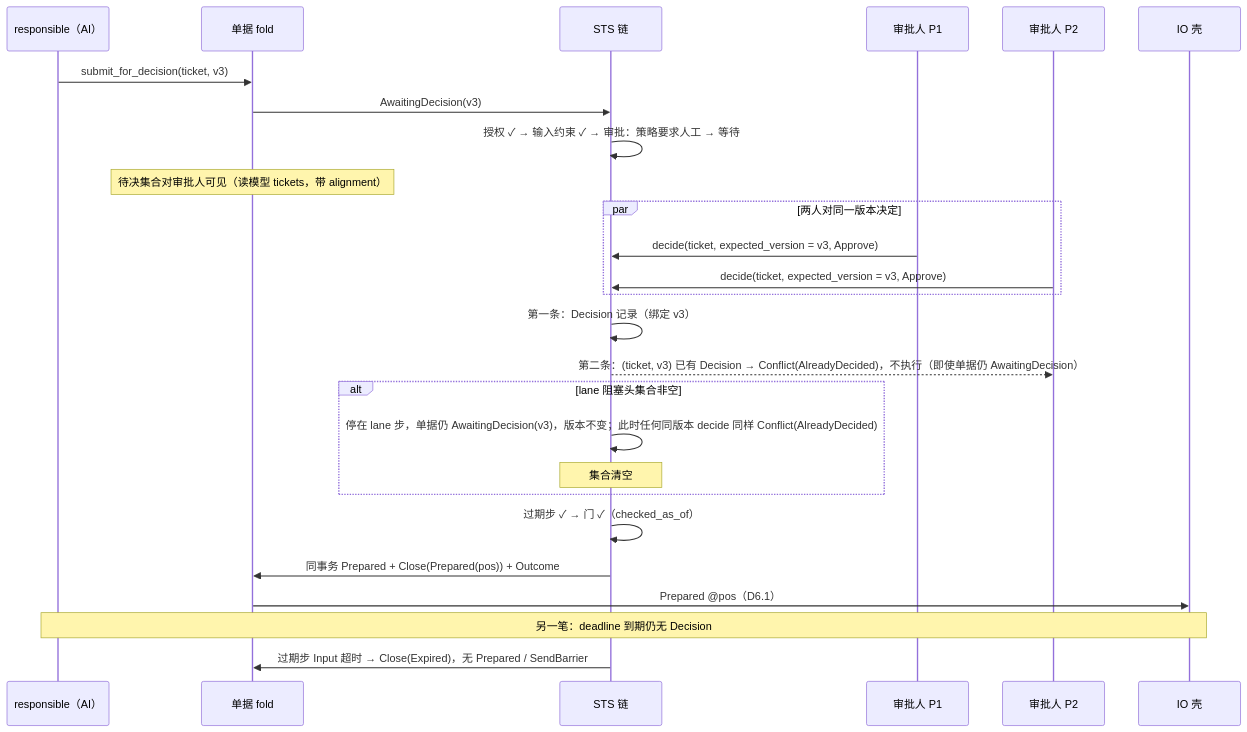
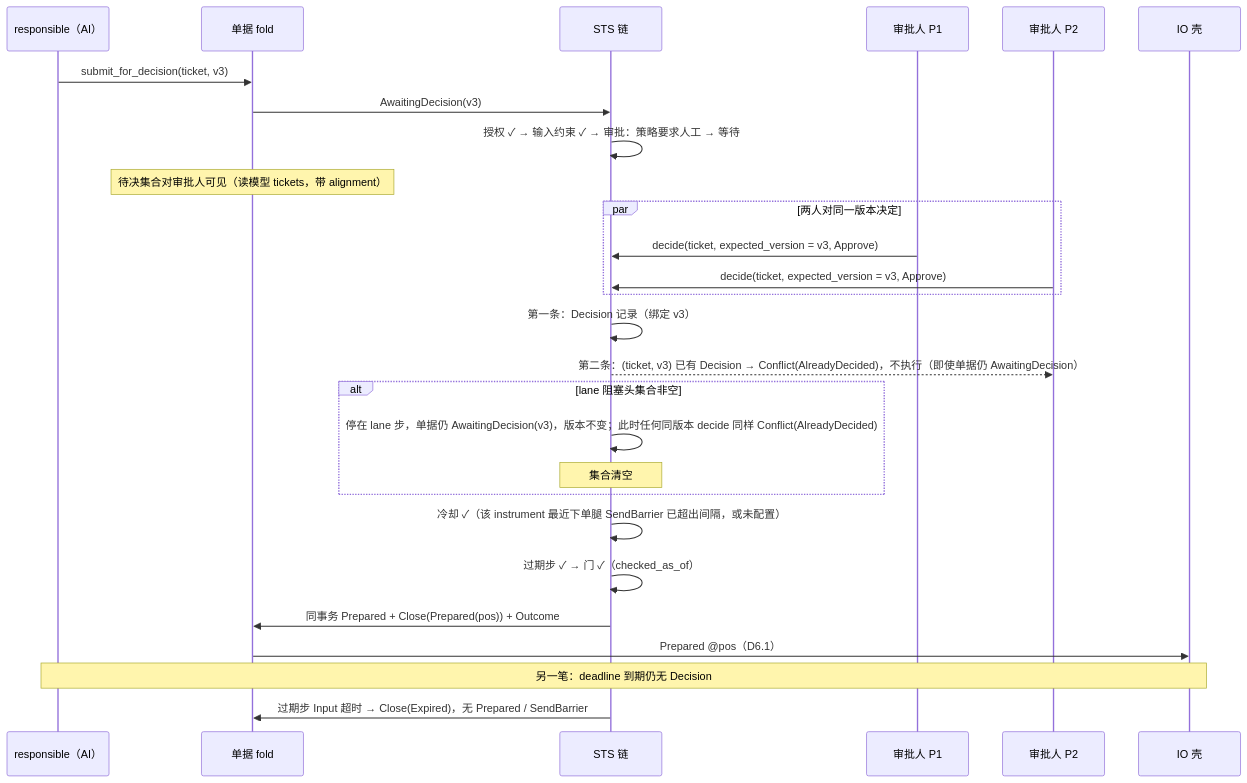
Before and after one commit to mouriya-s-lab/uta: the sixth of 6 diagrams in design/diagrams/05-ticket-and-sts.md, drawn with Mermaid. The commit also changed other lines of this file and 9 other files, not shown here.

Commit message:
design: trade protocol contract — closed OperationKind set with Close as upstream no-increase lock, intent parameter schema gate for every origin, check catalog and rule-file parameters, cooldown from SendBarrier, catalog-backed write eligibility, rationale and batch/simulator dispositions

````diff
--- a/design/diagrams/05-ticket-and-sts.md
+++ b/design/diagrams/05-ticket-and-sts.md
@@ -198,28 +210,29 @@
 ```mermaid
 sequenceDiagram
   participant R as responsible（AI）
   participant T as 单据 fold
   participant S as STS 链
   participant P as 审批人 P1
   participant P2 as 审批人 P2
   participant IO as IO 壳
   R->>T: submit_for_decision(ticket, v3)
   T->>S: AwaitingDecision(v3)
   S->>S: 授权 ✓ → 输入约束 ✓ → 审批：策略要求人工 → 等待
   Note over T: 待决集合对审批人可见（读模型 tickets，带 alignment）
   par 两人对同一版本决定
     P->>S: decide(ticket, expected_version = v3, Approve)
     P2->>S: decide(ticket, expected_version = v3, Approve)
   end
   S->>S: 第一条：Decision 记录（绑定 v3）
   S-->>P2: 第二条：(ticket, v3) 已有 Decision → Conflict(AlreadyDecided)，不执行（即使单据仍 AwaitingDecision）
   alt lane 阻塞头集合非空
     S->>S: 停在 lane 步，单据仍 AwaitingDecision(v3)，版本不变；此时任何同版本 decide 同样 Conflict(AlreadyDecided)
     Note over S: 集合清空
   end
+  S->>S: 冷却 ✓（该 instrument 最近下单腿 SendBarrier 已超出间隔，或未配置）
   S->>S: 过期步 ✓ → 门 ✓（checked_as_of）
   S->>T: 同事务 Prepared + Close(Prepared(pos)) + Outcome
   T->>IO: Prepared @pos（D6.1）
   Note over R,IO: 另一笔：deadline 到期仍无 Decision
   S->>T: 过期步 Input 超时 → Close(Expired)，无 Prepared / SendBarrier
 ```
````
